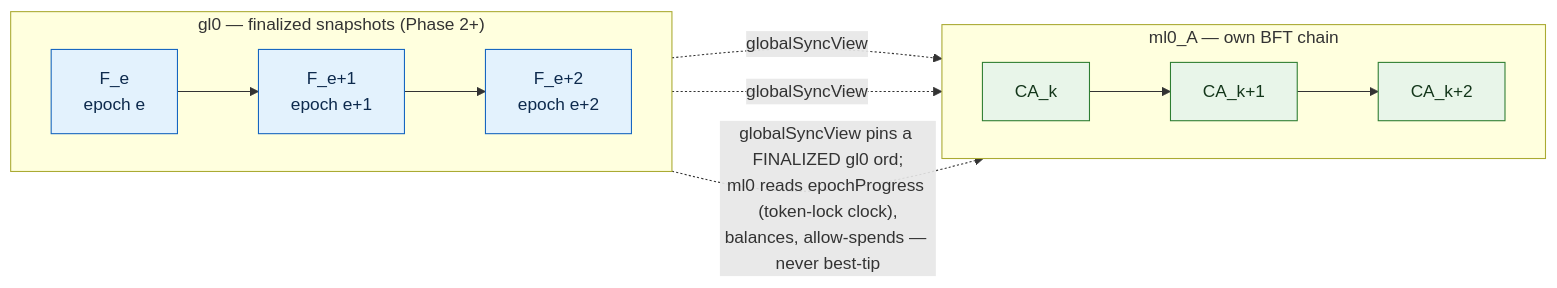
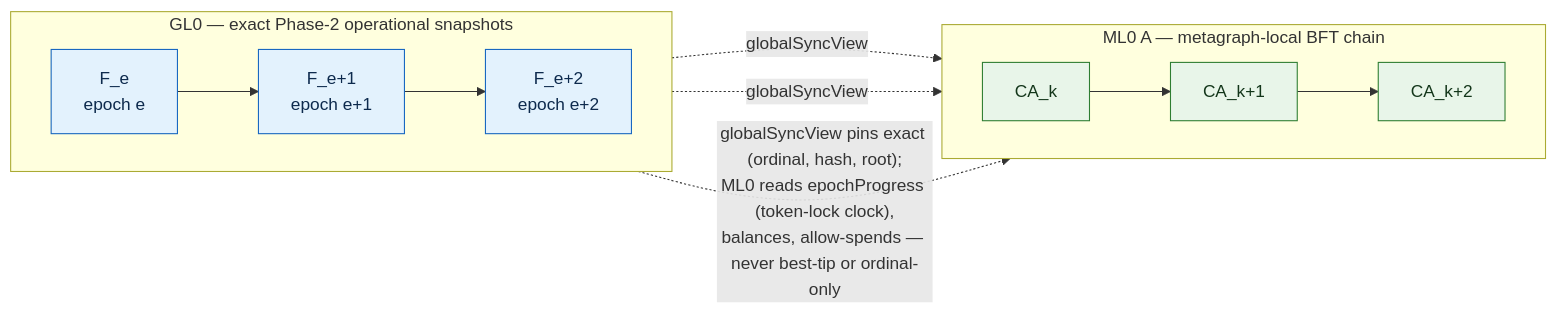
Before and after one commit to ottobot-ai/tessellation: the diagram in docs/nakamoto/diagrams/shard-flow-influence.mmd, drawn with Mermaid. The commit also changed 277 other files, not shown here.

```diff
--- a/docs/nakamoto/diagrams/shard-flow-influence.mmd
+++ b/docs/nakamoto/diagrams/shard-flow-influence.mmd
@@ -1,17 +1,18 @@
+%% TARGET DESIGN. ML0 may use BFT internally; GL0 does not.
 flowchart LR
-    subgraph GL0["gl0 — finalized snapshots (Phase 2+)"]
+    subgraph GL0["GL0 — exact Phase-2 operational snapshots"]
         direction LR
         F1["F_e<br/>epoch e"] --> F2["F_e+1<br/>epoch e+1"] --> F3["F_e+2<br/>epoch e+2"]
     end
-    subgraph ML0["ml0_A — own BFT chain"]
+    subgraph ML0["ML0 A — metagraph-local BFT chain"]
         direction LR
         C1["CA_k"] --> C2["CA_k+1"] --> C3["CA_k+2"]
     end
     F1 -. globalSyncView .-> C1
     F2 -. globalSyncView .-> C2
-    F3 -. "globalSyncView pins a FINALIZED gl0 ord;<br/>ml0 reads epochProgress (token-lock clock),<br/>balances, allow-spends — never best-tip" .-> C3
+    F3 -. "globalSyncView pins exact (ordinal, hash, root);<br/>ML0 reads epochProgress (token-lock clock),<br/>balances, allow-spends — never best-tip or ordinal-only" .-> C3
 
     classDef gl0 fill:#e3f2fd,stroke:#1565c0,color:#0d2a4d;
     classDef ml0 fill:#e8f5e9,stroke:#2e7d32,color:#13361a;
     class F1,F2,F3 gl0;
     class C1,C2,C3 ml0;
```
